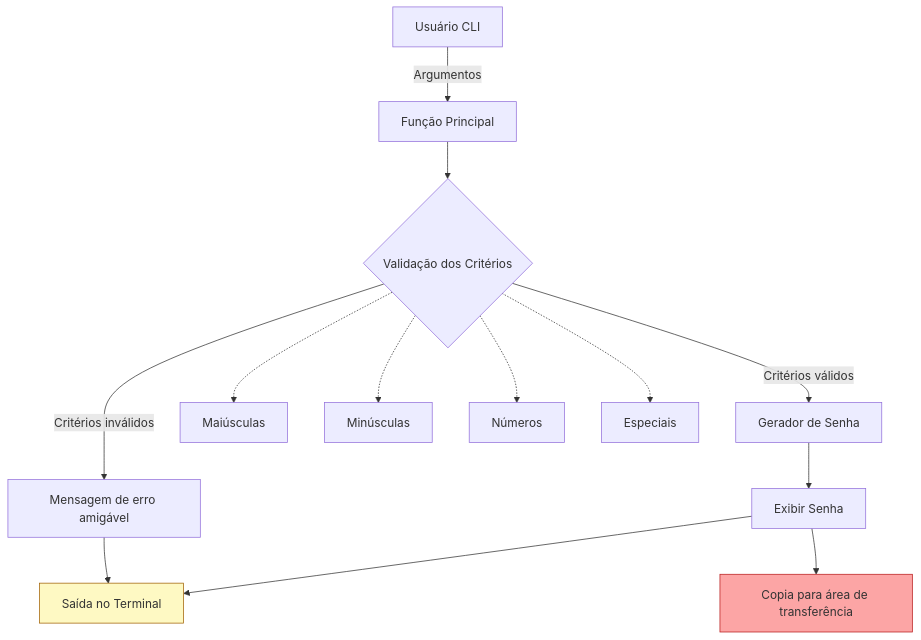
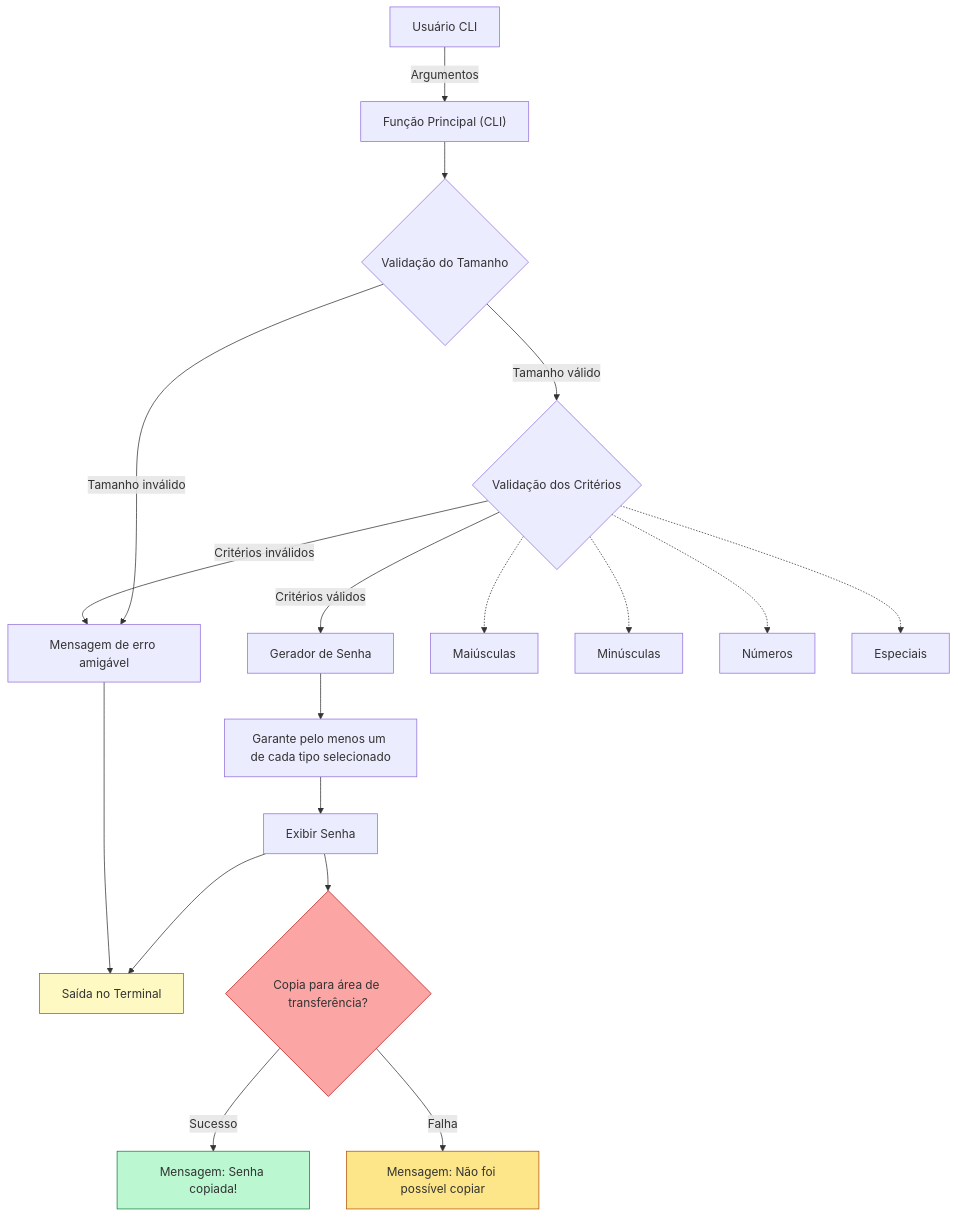
The diagram in docs/diagrama.mmd (miesper/akcit_genai_password_generator), drawn with Mermaid before and after one commit.

Commit message:
docs(diagrama): atualizar fluxo para refletir validações, geração e mensagens de cópia
Inclui validação separada de tamanho e critérios, garantia de pelo menos um caractere de cada tipo, e mensagens de sucesso/erro na cópia para área de transferência.

```diff
--- a/docs/diagrama.mmd
+++ b/docs/diagrama.mmd
@@ -1,16 +1,23 @@
 flowchart TD
-    A["Usuário CLI"] -->|"Argumentos"| B["Função Principal"]
-    B --> C{"Validação dos Critérios"}
-    C -- "Critérios válidos" --> D["Gerador de Senha"]
-    C -- "Critérios inválidos" --> H["Mensagem de erro amigável"]
-    D --> E["Exibir Senha"]
+    A["Usuário CLI"] -->|"Argumentos"| B["Função Principal (CLI)"]
+    B --> C1{"Validação do Tamanho"}
+    C1 -- "Tamanho válido" --> C2{"Validação dos Critérios"}
+    C1 -- "Tamanho inválido" --> H["Mensagem de erro amigável"]
+    C2 -- "Critérios válidos" --> D["Gerador de Senha"]
+    C2 -- "Critérios inválidos" --> H
+    D --> D1["Garante pelo menos um de cada tipo selecionado"]
+    D1 --> E["Exibir Senha"]
     E --> F["Saída no Terminal"]
-    E --> G["Copia para área de transferência"]
+    E --> G{"Copia para área de transferência?"}
+    G -- "Sucesso" --> I["Mensagem: Senha copiada!"]
+    G -- "Falha" --> J["Mensagem: Não foi possível copiar"]
     H --> F
     %% Critérios detalhados
-    C -.-> D1["Maiúsculas"]
-    C -.-> D2["Minúsculas"]
-    C -.-> D3["Números"]
-    C -.-> D4["Especiais"]
+    C2 -.-> K1["Maiúsculas"]
+    C2 -.-> K2["Minúsculas"]
+    C2 -.-> K3["Números"]
+    C2 -.-> K4["Especiais"]
     style F fill:#fef9c3,stroke:#a16207
     style G fill:#fca5a5,stroke:#b91c1c
+    style I fill:#bbf7d0,stroke:#15803d
+    style J fill:#fde68a,stroke:#b45309
```
